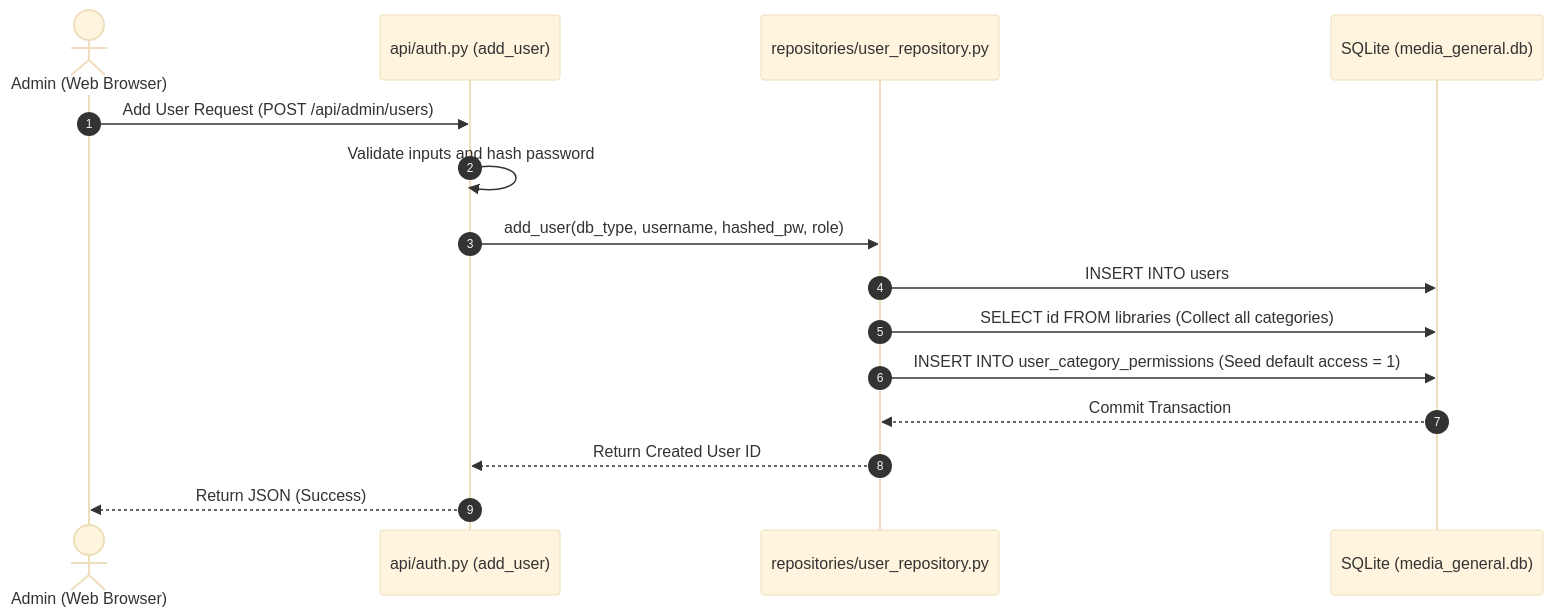
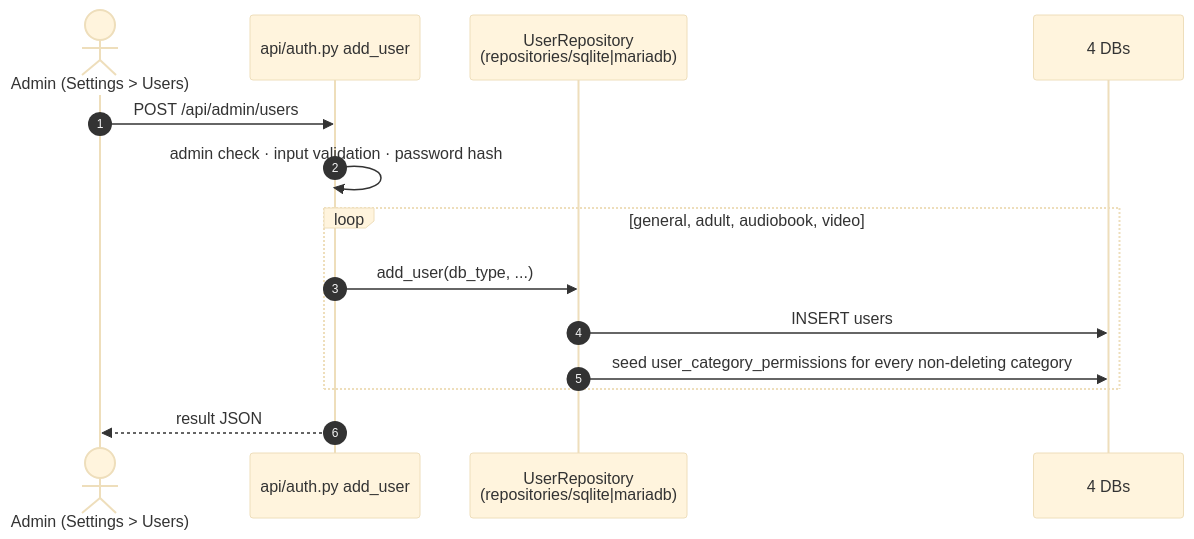
One commit to leeyj/BookOasis_stable changed the third of 8 diagrams in docs/guide_architecture_en.md. Above: the diagram before and after it, drawn with Mermaid (base theme). The commit also changed other lines of this file and 45 other files, not shown here.

````diff
--- a/docs/guide_architecture_en.md
+++ b/docs/guide_architecture_en.md
@@ -85,18 +153,17 @@
 ```mermaid
 sequenceDiagram
     autonumber
-    actor Admin as Admin (Web Browser)
-    participant Route as api/auth.py (add_user)
-    participant Repo as repositories/user_repository.py
-    participant DB as SQLite (media_general.db)
+    actor Admin as Admin (Settings > Users)
+    participant Route as api/auth.py add_user
+    participant Repo as UserRepository<br/>(repositories/sqlite|mariadb)
+    participant DBs as 4 DBs
 
-    Admin->>Route: Add User Request (POST /api/admin/users)
-    Route->>Route: Validate inputs and hash password
-    Route->>Repo: add_user(db_type, username, hashed_pw, role)
-    Repo->>DB: INSERT INTO users
-    Repo->>DB: SELECT id FROM libraries (Collect all categories)
-    Repo->>DB: INSERT INTO user_category_permissions (Seed default access = 1)
-    DB-->>Repo: Commit Transaction
-    Repo-->>Route: Return Created User ID
-    Route-->>Admin: Return JSON (Success)
+    Admin->>Route: POST /api/admin/users
+    Route->>Route: admin check · input validation · password hash
+    loop general, adult, audiobook, video
+        Route->>Repo: add_user(db_type, ...)
+        Repo->>DBs: INSERT users
+        Repo->>DBs: seed user_category_permissions for every non-deleting category
+    end
+    Route-->>Admin: result JSON
 ```
````
